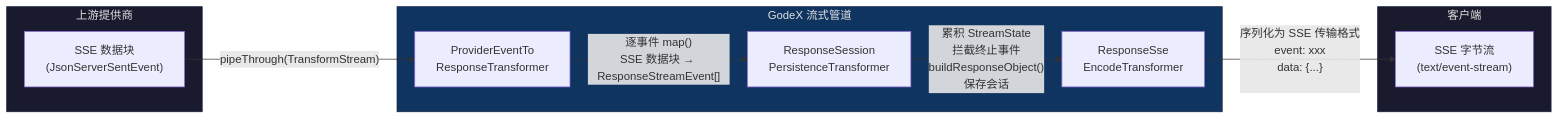
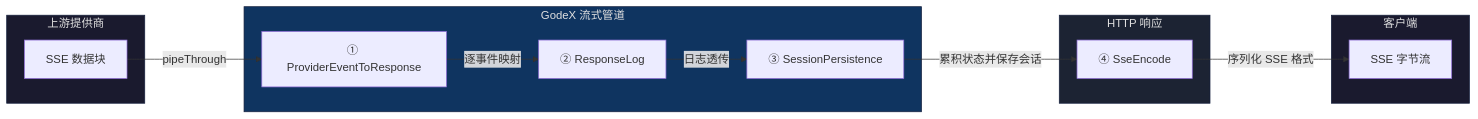
One commit to zamelee/GodeX changed the fourth of 4 diagrams in README.zh-CN.md. Above: the diagram before and after it, drawn with Mermaid. The commit also changed other lines of this file and 1 other file, not shown here.

````diff
--- a/README.zh-CN.md
+++ b/README.zh-CN.md
@@ -161,25 +267,31 @@
 ```mermaid
 flowchart LR
   subgraph upstream["上游提供商"]
-    SSE["SSE 数据块<br/>(JsonServerSentEvent)"]
+    SSE["SSE 数据块"]
   end
 
   subgraph godex["GodeX 流式管道"]
-    T1["ProviderEventTo<br/>ResponseTransformer"]
-    T2["ResponseSession<br/>PersistenceTransformer"]
-    T3["ResponseSse<br/>EncodeTransformer"]
+    T1["① ProviderEventToResponse"]
+    T2["② ResponseLog"]
+    T3["③ SessionPersistence"]
+  end
+
+  subgraph server["HTTP 响应"]
+    T4["④ SseEncode"]
   end
 
   subgraph client["客户端"]
-    BYTES["SSE 字节流<br/>(text/event-stream)"]
+    BYTES["SSE 字节流"]
   end
 
-  SSE -->|"pipeThrough(TransformStream)"| T1
-  T1 -->|"逐事件 map()<br/>SSE 数据块 → ResponseStreamEvent[]"| T2
-  T2 -->|"累积 StreamState<br/>拦截终止事件<br/>buildResponseObject()<br/>保存会话"| T3
-  T3 -->|"序列化为 SSE 传输格式<br/>event: xxx\ndata: {...}\n\n"| BYTES
+  SSE -->|pipeThrough| T1
+  T1 -->|逐事件映射| T2
+  T2 -->|日志透传| T3
+  T3 -->|累积状态并保存会话| T4
+  T4 -->|序列化 SSE 格式| BYTES
 
   style upstream fill:#1a1a2e,stroke:#16213e,color:#e0e0e0
   style godex fill:#0f3460,stroke:#16213e,color:#e0e0e0
+  style server fill:#1c2333,stroke:#16213e,color:#e0e0e0
   style client fill:#1a1a2e,stroke:#16213e,color:#e0e0e0
 ```
````
